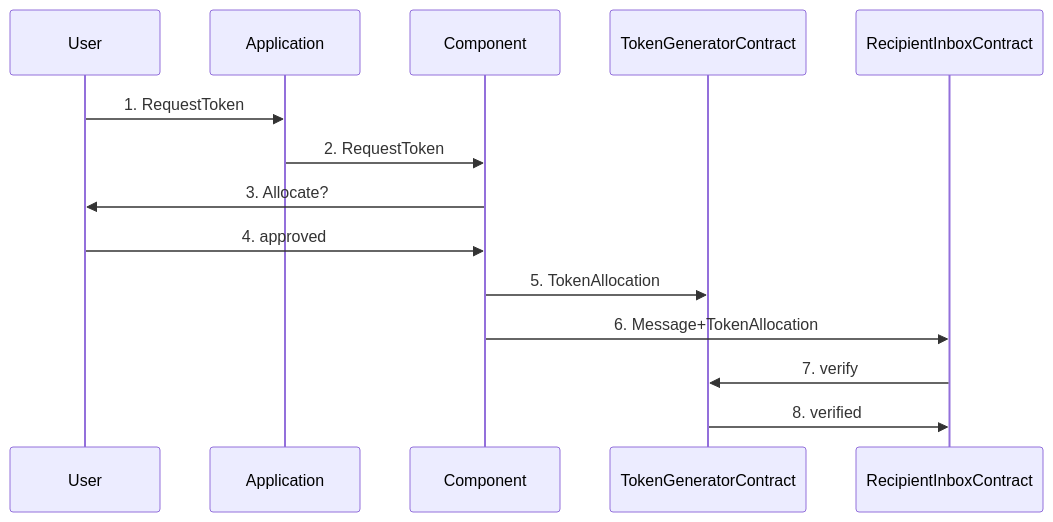
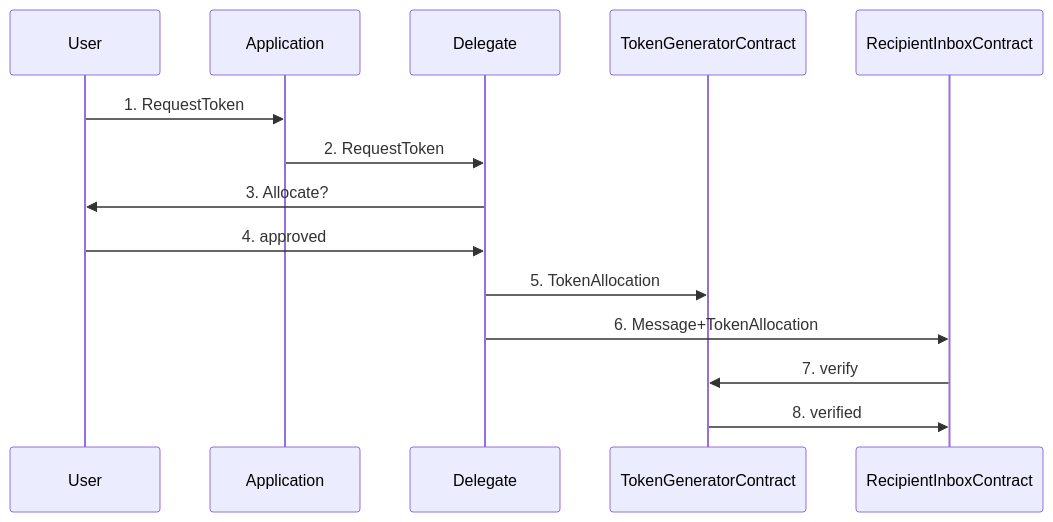
One commit to freenet/freenet-core changed the diagram in docs/src/primitives.md. Above: the diagram before and after it, drawn with Mermaid. The commit also changed other lines of this file, not shown here.

Commit message:
component -> delegate

````diff
--- a/docs/src/primitives.md
+++ b/docs/src/primitives.md
@@ -48,17 +50,17 @@
 ```mermaid
 sequenceDiagram
   participant User
   participant Application
-  participant Component
+  participant Delegate
   participant TokenGeneratorContract
   participant RecipientInboxContract
 
   User->>Application: 1. RequestToken
-  Application->>Component: 2. RequestToken
-  Component->>User: 3. Allocate?
-  User->>Component: 4. approved
-  Component->>TokenGeneratorContract: 5. TokenAllocation
-  Component->>RecipientInboxContract: 6. Message+TokenAllocation
+  Application->>Delegate: 2. RequestToken
+  Delegate->>User: 3. Allocate?
+  User->>Delegate: 4. approved
+  Delegate->>TokenGeneratorContract: 5. TokenAllocation
+  Delegate->>RecipientInboxContract: 6. Message+TokenAllocation
   RecipientInboxContract->>TokenGeneratorContract: 7. verify
   TokenGeneratorContract->>RecipientInboxContract: 8. verified
 ```
````
